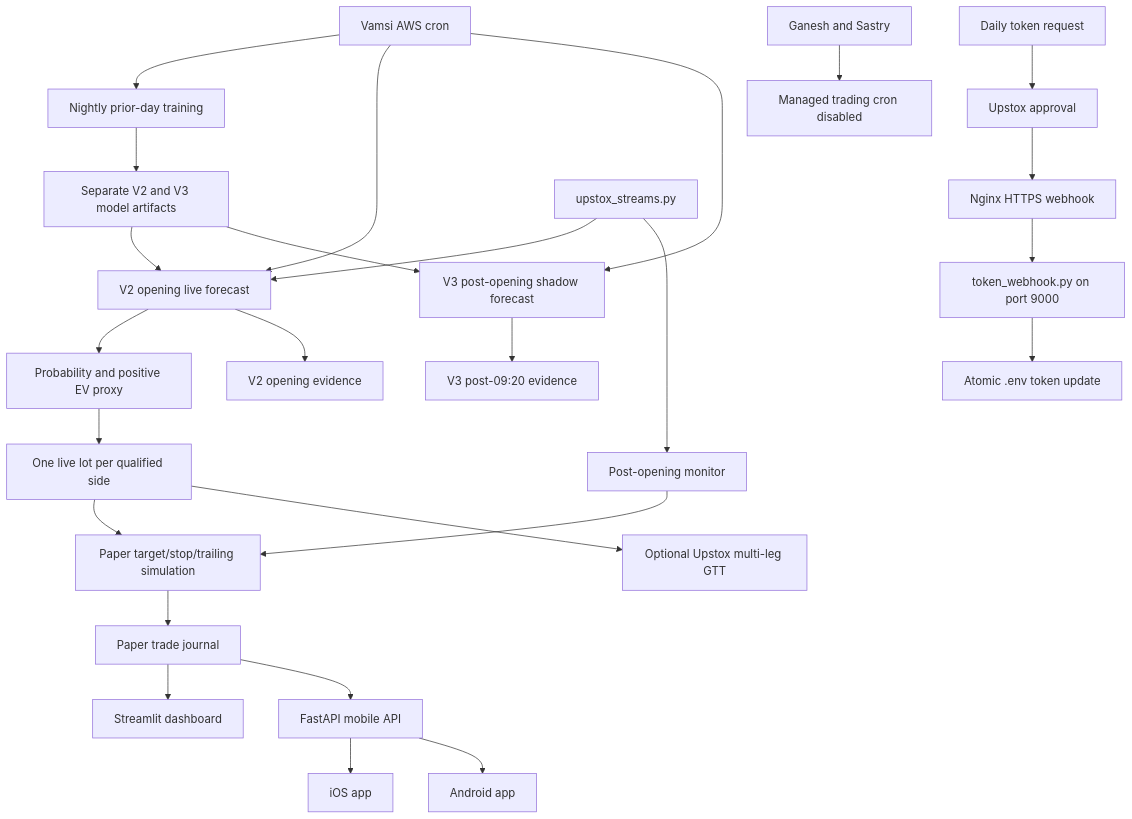
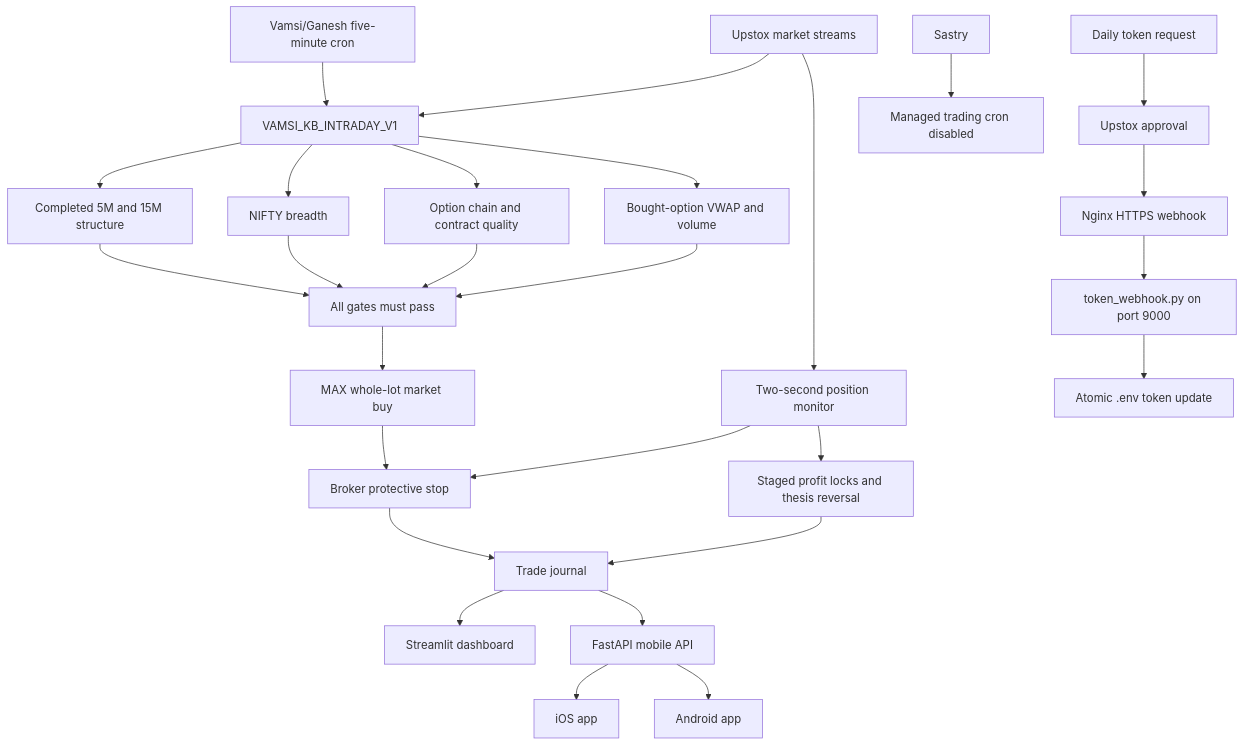
The diagram in PROJECT_ARCHITECTURE_AND_HANDOFF.md (vkp2498-spec/trading-app), drawn with Mermaid before and after one commit. The commit also changed other lines of this file and 9 other files, not shown here.

Commit message:
Add deterministic Vamsi option buying engine

````diff
--- a/PROJECT_ARCHITECTURE_AND_HANDOFF.md
+++ b/PROJECT_ARCHITECTURE_AND_HANDOFF.md
@@ -52,32 +61,31 @@
 ```mermaid
 flowchart TD
-    CRON["Vamsi AWS cron"] --> TRAIN["Nightly prior-day training"]
-    CRON --> SCORE["V2 opening live forecast"]
-    CRON --> SHADOW["V3 post-opening shadow forecast"]
-    TRAIN --> MODEL["Separate V2 and V3 model artifacts"]
-    MODEL --> SCORE
-    MODEL --> SHADOW
-    SCORE --> RULE["Probability and positive EV proxy"]
-    RULE --> EXEC["One live lot per qualified side"]
-    EXEC --> PAPER["Paper target/stop/trailing simulation"]
-    EXEC --> GTT["Optional Upstox multi-leg GTT"]
-    MON["Post-opening monitor"] --> PAPER
-    PAPER --> JOURNAL["Paper trade journal"]
-    SCORE --> EVIDENCE["V2 opening evidence"]
-    SHADOW --> EVIDENCE3["V3 post-09:20 evidence"]
-
+    CRON["Vamsi/Ganesh five-minute cron"] --> KB["VAMSI_KB_INTRADAY_V1"]
+    STREAM["Upstox market streams"] --> KB
+    KB --> CANDLE["Completed 5M and 15M structure"]
+    KB --> BREADTH["NIFTY breadth"]
+    KB --> CHAIN["Option chain and contract quality"]
+    KB --> FLOW["Bought-option VWAP and volume"]
+    CANDLE --> ALL["All gates must pass"]
+    BREADTH --> ALL
+    CHAIN --> ALL
+    FLOW --> ALL
+    ALL --> EXEC["MAX whole-lot market buy"]
+    EXEC --> STOP["Broker protective stop"]
+    MON["Two-second position monitor"] --> STOP
+    MON --> TRAIL["Staged profit locks and thesis reversal"]
+    STOP --> JOURNAL["Trade journal"]
+    TRAIL --> JOURNAL
     JOURNAL --> DASH["Streamlit dashboard"]
     JOURNAL --> API["FastAPI mobile API"]
     API --> IOS["iOS app"]
     API --> ANDROID["Android app"]
 
     TOKEN["Daily token request"] --> APPROVAL["Upstox approval"]
     APPROVAL --> NGINX["Nginx HTTPS webhook"]
     NGINX --> WEBHOOK["token_webhook.py on port 9000"]
     WEBHOOK --> ENV["Atomic .env token update"]
 
-    STREAM["upstox_streams.py"] --> SCORE
     STREAM --> MON
-
-    DISABLED["Ganesh and Sastry"] --> OFF["Managed trading cron disabled"]
+    DISABLED["Sastry"] --> OFF["Managed trading cron disabled"]
 ```
````
